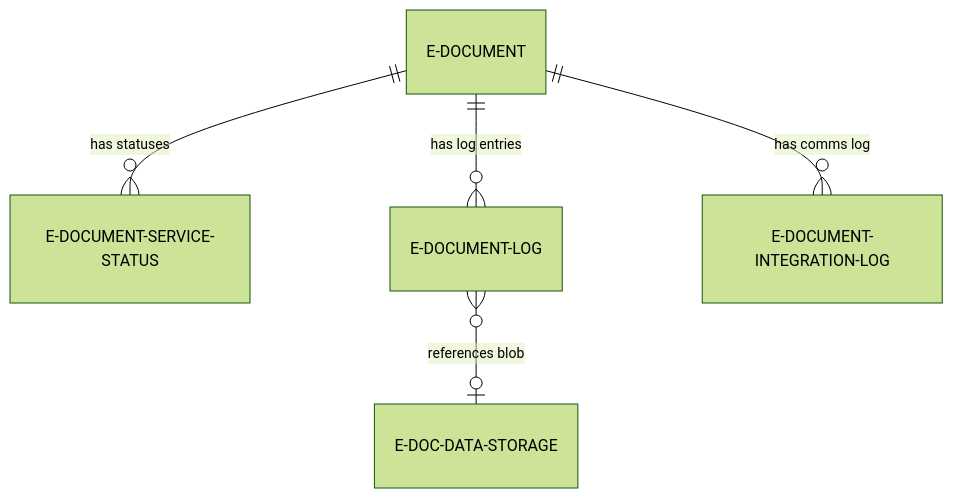
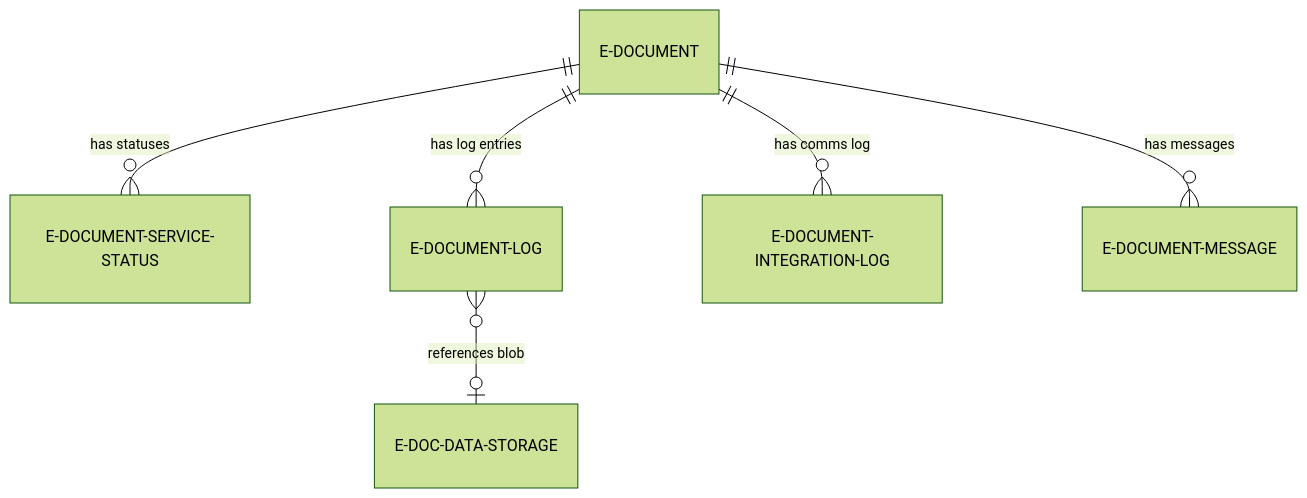
Before and after one commit to StefanMaron/MSDyn365BC.Sandbox.Code.History: the first of 3 diagrams in E-Document Core/docs/data-model.md, drawn with Mermaid (forest theme). The commit also changed other lines of this file and 407 other files, not shown here.

````diff
--- a/E-Document Core/docs/data-model.md
+++ b/E-Document Core/docs/data-model.md
@@ -15,7 +15,8 @@
 ```mermaid
 erDiagram
     E-DOCUMENT ||--o{ E-DOCUMENT-SERVICE-STATUS : "has statuses"
     E-DOCUMENT ||--o{ E-DOCUMENT-LOG : "has log entries"
     E-DOCUMENT-LOG }o--o| E-DOC-DATA-STORAGE : "references blob"
     E-DOCUMENT ||--o{ E-DOCUMENT-INTEGRATION-LOG : "has comms log"
+    E-DOCUMENT ||--o{ E-DOCUMENT-MESSAGE : "has messages"
 ```
````
